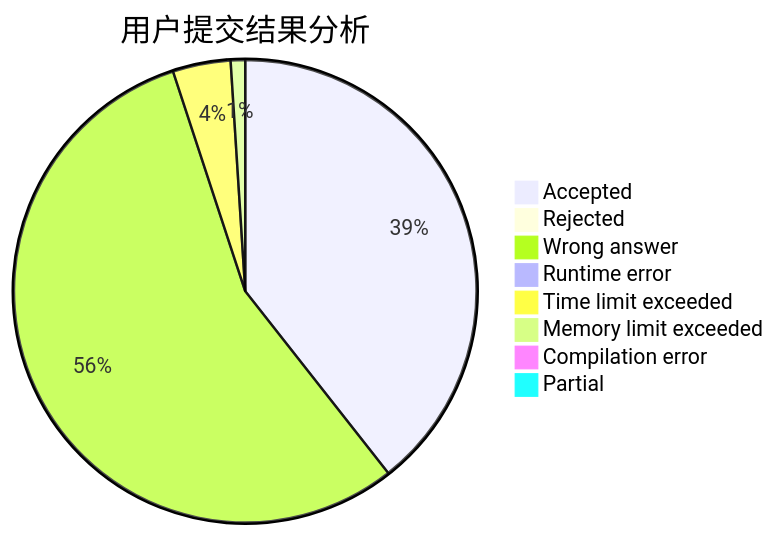
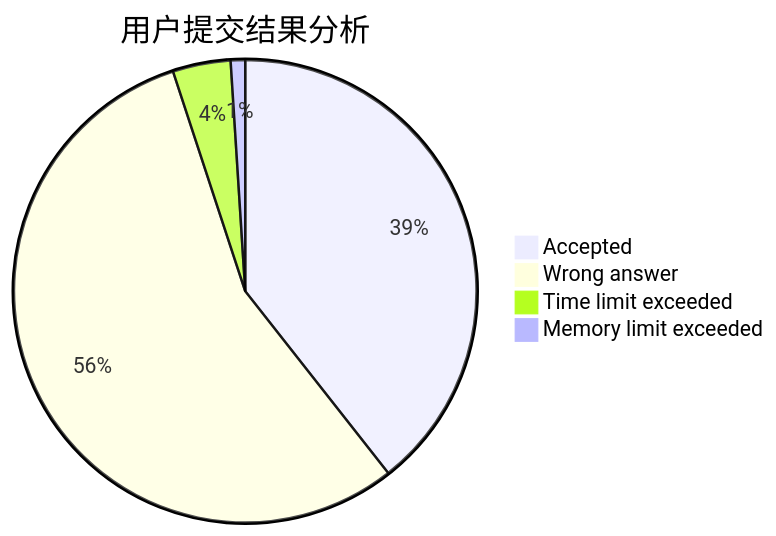
The first of 3 diagrams in docs/user/u319.md (sherpahu/cfrs.github.io), drawn with Mermaid before and after one commit. The commit also changed 2770 other files, not shown here.

````diff
--- a/docs/user/u319.md
+++ b/docs/user/u319.md
@@ -5,11 +5,7 @@
 ```mermaid
 pie title 用户提交结果分析
     "Accepted" :  39
-    "Rejected" :  0
     "Wrong answer" :  55
-    "Runtime error" :  0
     "Time limit exceeded" :  4
     "Memory limit exceeded" :  1
-    "Compilation error" :  0
-    "Partial" :  0
 ```
````
